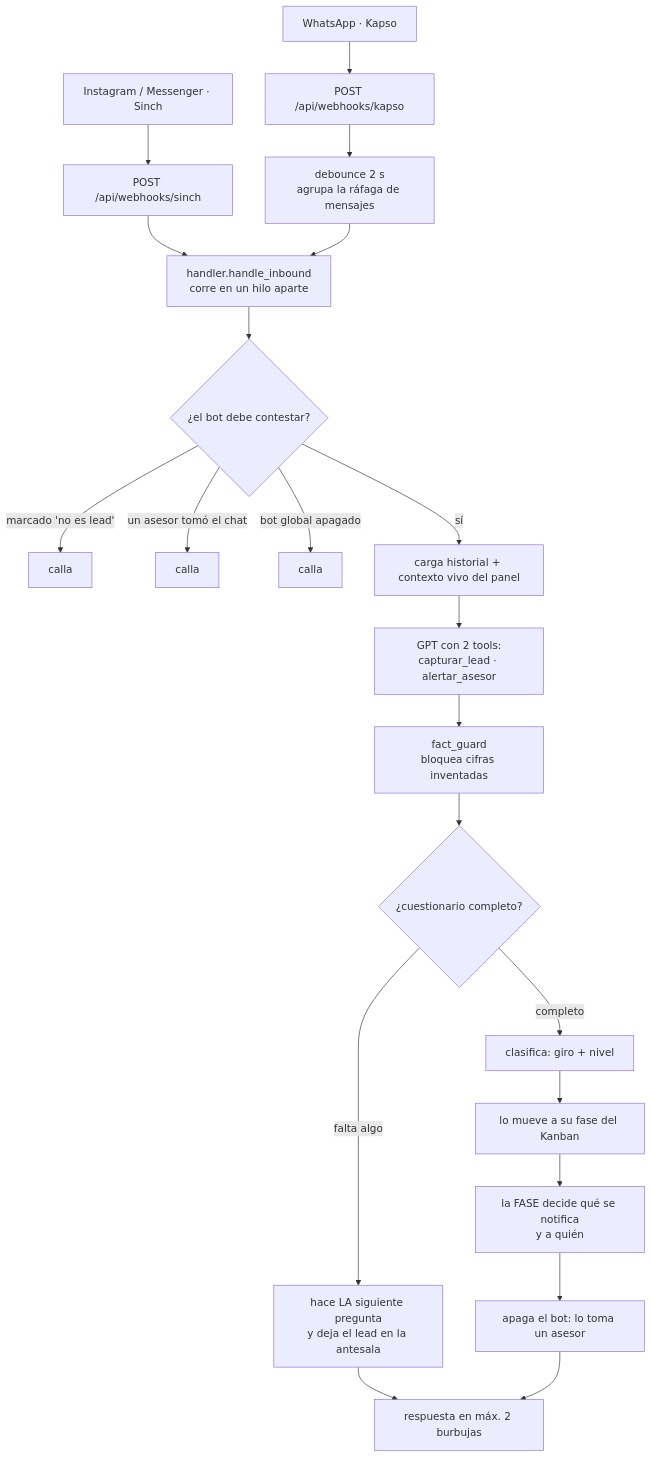
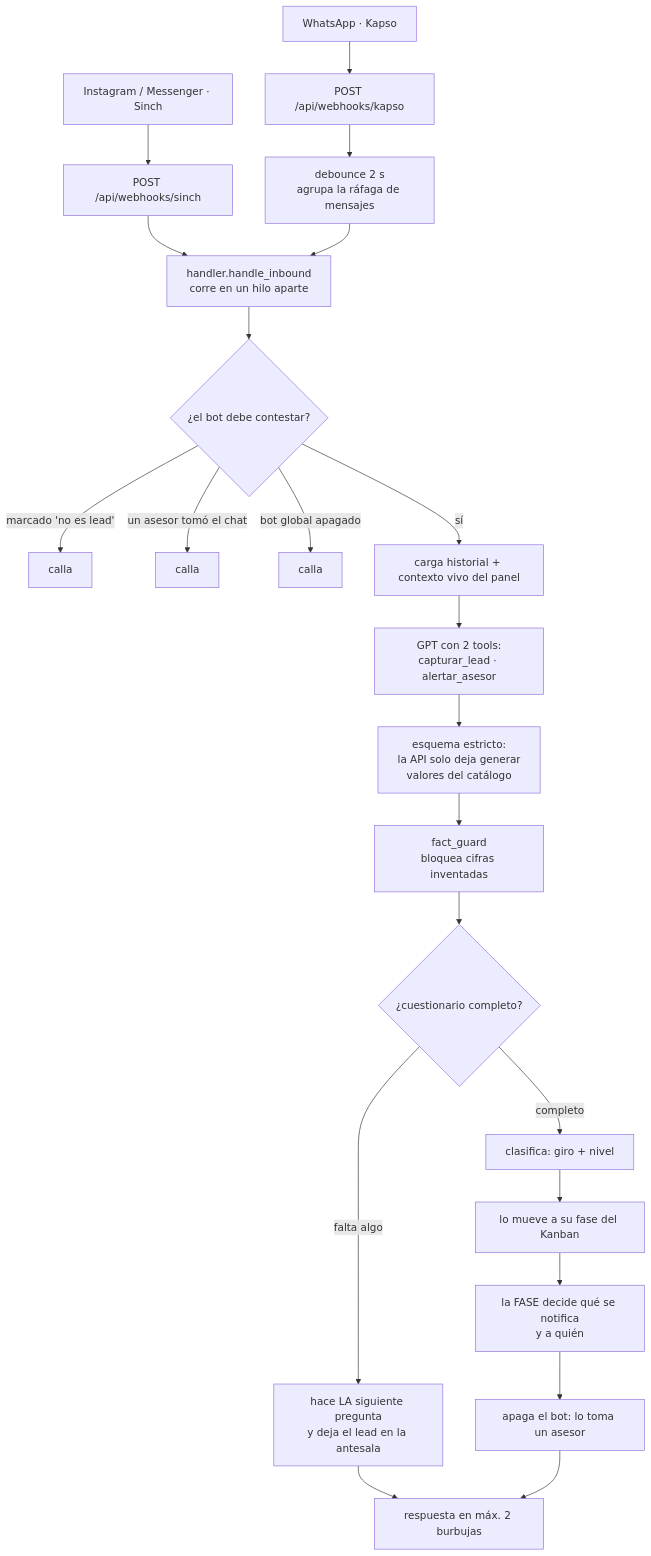
One commit to robertoauserra04-droid/emarentals changed the first of 3 diagrams in flujo-bot.md. Above: the diagram before and after it, drawn with Mermaid. The commit also changed other lines of this file and 8 other files, not shown here.

````diff
--- a/flujo-bot.md
+++ b/flujo-bot.md
@@ -16,29 +16,30 @@
 ```mermaid
 flowchart TD
     WA[WhatsApp · Kapso] --> WH[POST /api/webhooks/kapso]
     IG[Instagram / Messenger · Sinch] --> WH2[POST /api/webhooks/sinch]
 
     WH --> DEB[debounce 2 s<br/>agrupa la ráfaga de mensajes]
     WH2 --> H
     DEB --> H[handler.handle_inbound<br/>corre en un hilo aparte]
 
     H --> GUARD{¿el bot debe contestar?}
     GUARD -->|marcado 'no es lead'| FIN1[calla]
     GUARD -->|un asesor tomó el chat| FIN2[calla]
     GUARD -->|bot global apagado| FIN3[calla]
     GUARD -->|sí| CTX[carga historial + contexto vivo del panel]
 
     CTX --> IA[GPT con 2 tools:<br/>capturar_lead · alertar_asesor]
-    IA --> GUARDA[fact_guard<br/>bloquea cifras inventadas]
+    IA --> STRICT[esquema estricto:<br/>la API solo deja generar<br/>valores del catálogo]
+    STRICT --> GUARDA[fact_guard<br/>bloquea cifras inventadas]
     GUARDA --> Q{¿cuestionario completo?}
 
     Q -->|falta algo| SIGUE[hace LA siguiente pregunta<br/>y deja el lead en la antesala]
     Q -->|completo| CLASIF[clasifica: giro + nivel]
 
     CLASIF --> FASE[lo mueve a su fase del Kanban]
     FASE --> ACC[la FASE decide qué se notifica<br/>y a quién]
     ACC --> OFF[apaga el bot: lo toma un asesor]
 
     SIGUE --> OUT[respuesta en máx. 2 burbujas]
     OFF --> OUT
 ```
````
